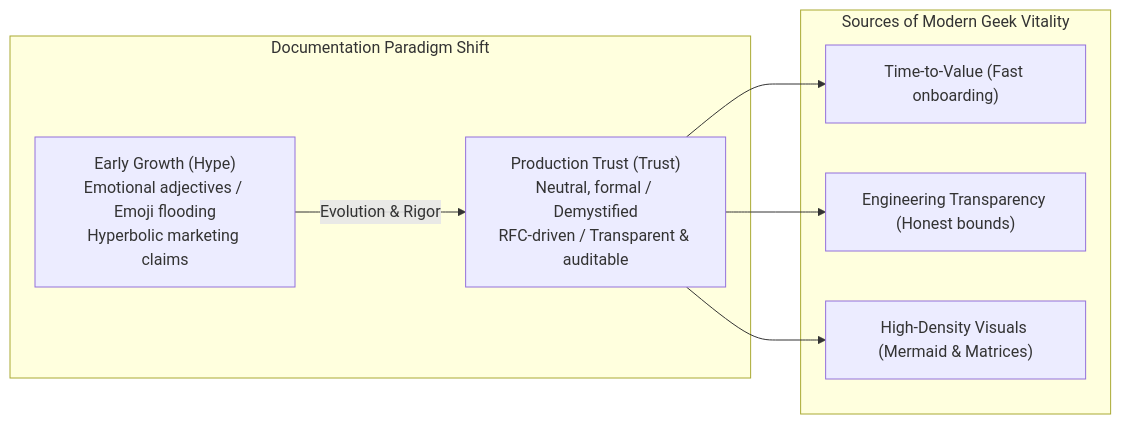
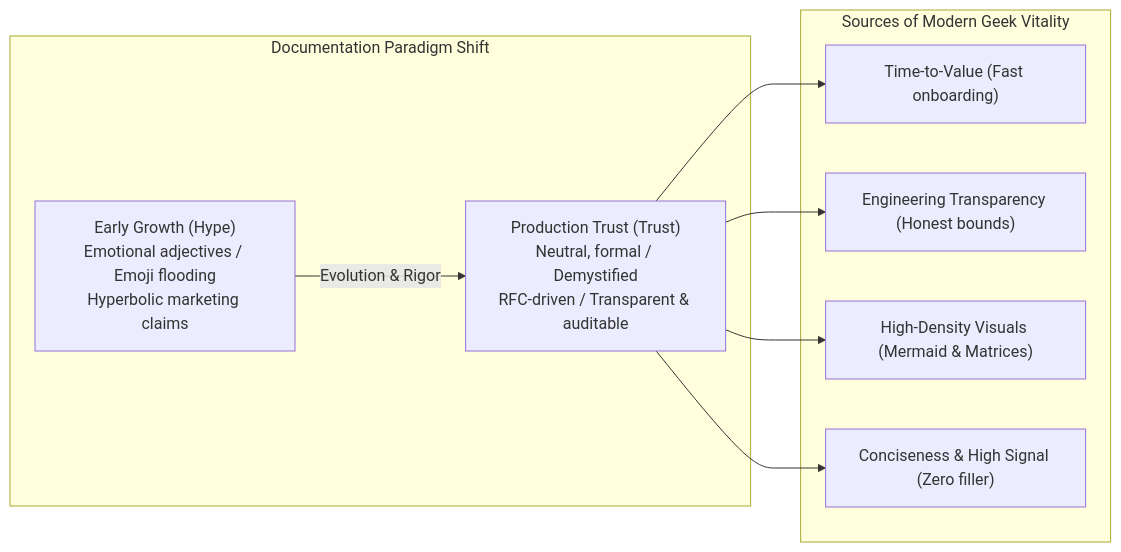
One commit to BeingNoAbility/WebRTC-Gateway changed the first of 5 diagrams in docs/en/STYLE_GUIDE.md. Above: the diagram before and after it, drawn with Mermaid. The commit also changed other lines of this file and 18 other files, not shown here.

````diff
--- a/docs/en/STYLE_GUIDE.md
+++ b/docs/en/STYLE_GUIDE.md
@@ -12,12 +12,13 @@
 ```mermaid
 flowchart LR
     subgraph Mindset_Shift["Documentation Paradigm Shift"]
         Hype["Early Growth (Hype)<br/>Emotional adjectives / Emoji flooding<br/>Hyperbolic marketing claims"] -->|Evolution & Rigor| Trust["Production Trust (Trust)<br/>Neutral, formal / Demystified<br/>RFC-driven / Transparent & auditable"]
     end
 
     subgraph Geek_Spirit["Sources of Modern Geek Vitality"]
         Trust --> V1["Time-to-Value (Fast onboarding)"]
         Trust --> V2["Engineering Transparency (Honest bounds)"]
         Trust --> V3["High-Density Visuals (Mermaid & Matrices)"]
+        Trust --> V4["Conciseness & High Signal (Zero filler)"]
     end
 ```
````
